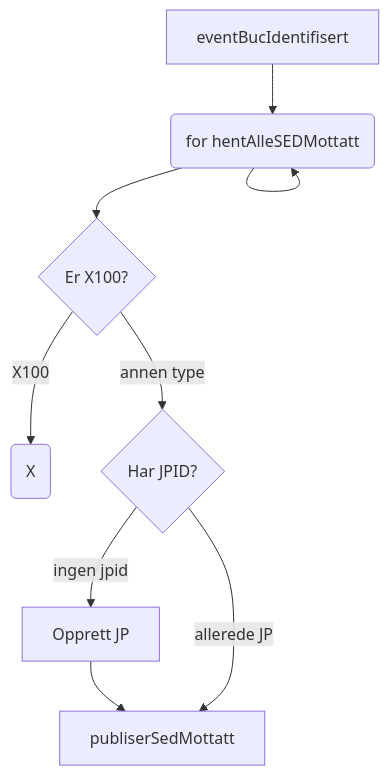
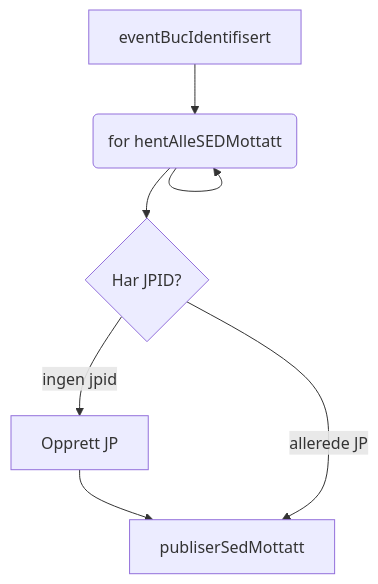
The diagram in diagrammer/BucIdentifisert.md (navikt/melosys-eessi), drawn with Mermaid before and after one commit. The commit also changed 10 other files, not shown here.

````diff
--- a/diagrammer/BucIdentifisert.md
+++ b/diagrammer/BucIdentifisert.md
@@ -2,13 +2,10 @@
 ```mermaid
 flowchart
     eventBucIdentifisert --> forHentAlleSedMottatt(for hentAlleSEDMottatt)
     forHentAlleSedMottatt --> forHentAlleSedMottatt
-    forHentAlleSedMottatt --> sedIdentifisertType{Er X100?}
-
-    sedIdentifisertType --X100--> sedIdentifisertErX100(X)
-    sedIdentifisertType --annen type--> harJpid{Har JPID?}
+    forHentAlleSedMottatt --> harJpid{Har JPID?}
 
     harJpid --ingen jpid--> opprettJp[Opprett JP]
     opprettJp --> publiserSedMottatt
     harJpid --allerede JP--> publiserSedMottatt
 ```
````
